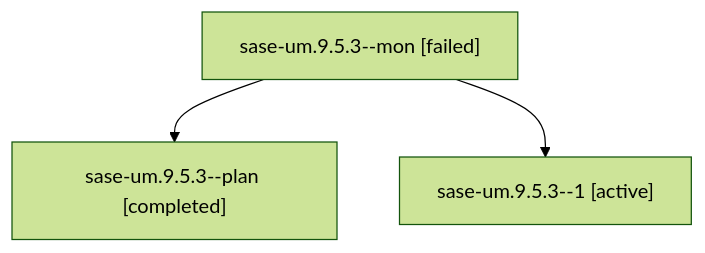
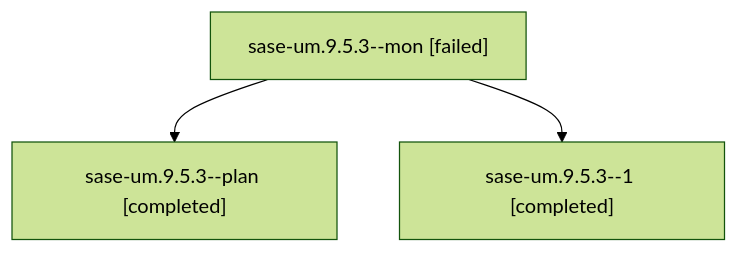
One commit to sase-org/sase--agents changed the diagram in families/bbugyi200.athena.sase-um.9.5.3.md. Above: the diagram before and after it, drawn with Mermaid (forest theme). The commit also changed other lines of this file and 132 other files, not shown here.

````diff
--- a/families/bbugyi200.athena.sase-um.9.5.3.md
+++ b/families/bbugyi200.athena.sase-um.9.5.3.md
@@ -9,8 +9,8 @@
 ```mermaid
 flowchart TD
   n0["sase-um.9.5.3--mon [failed]"]
   n1["sase-um.9.5.3--plan [completed]"]
   n0 --> n1
-  n2["sase-um.9.5.3--1 [active]"]
+  n2["sase-um.9.5.3--1 [completed]"]
   n0 --> n2
 ```
````
